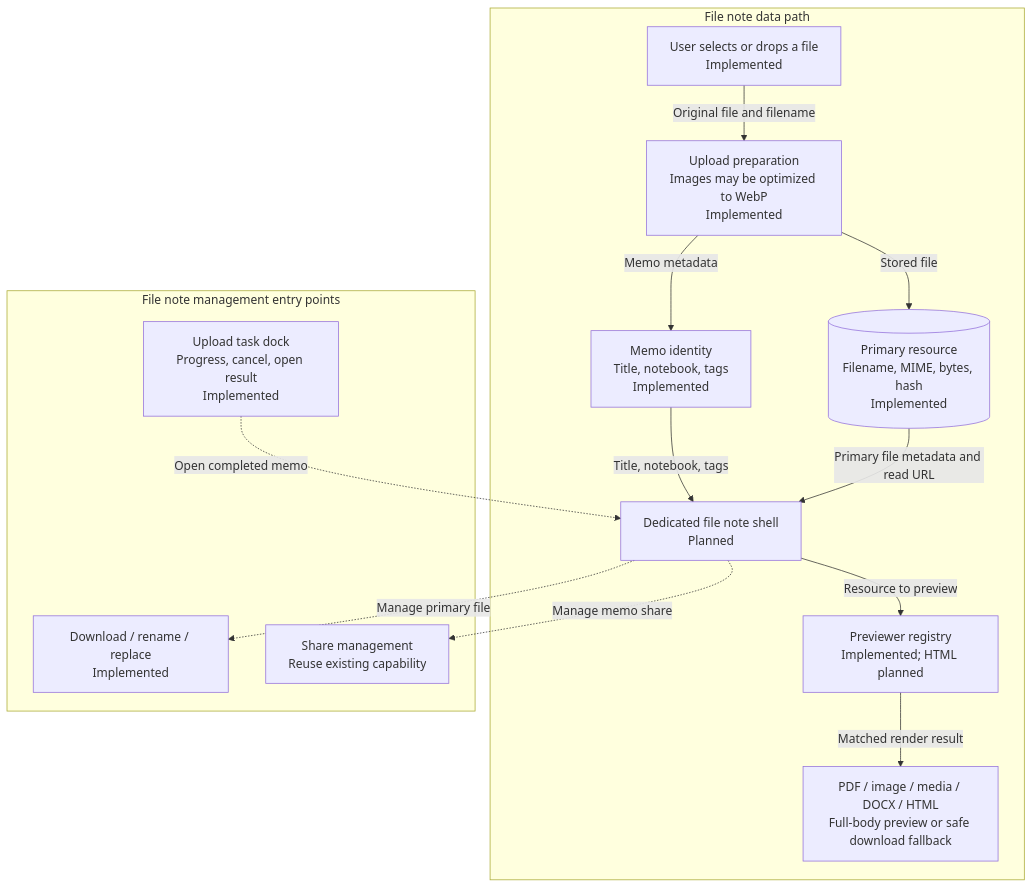
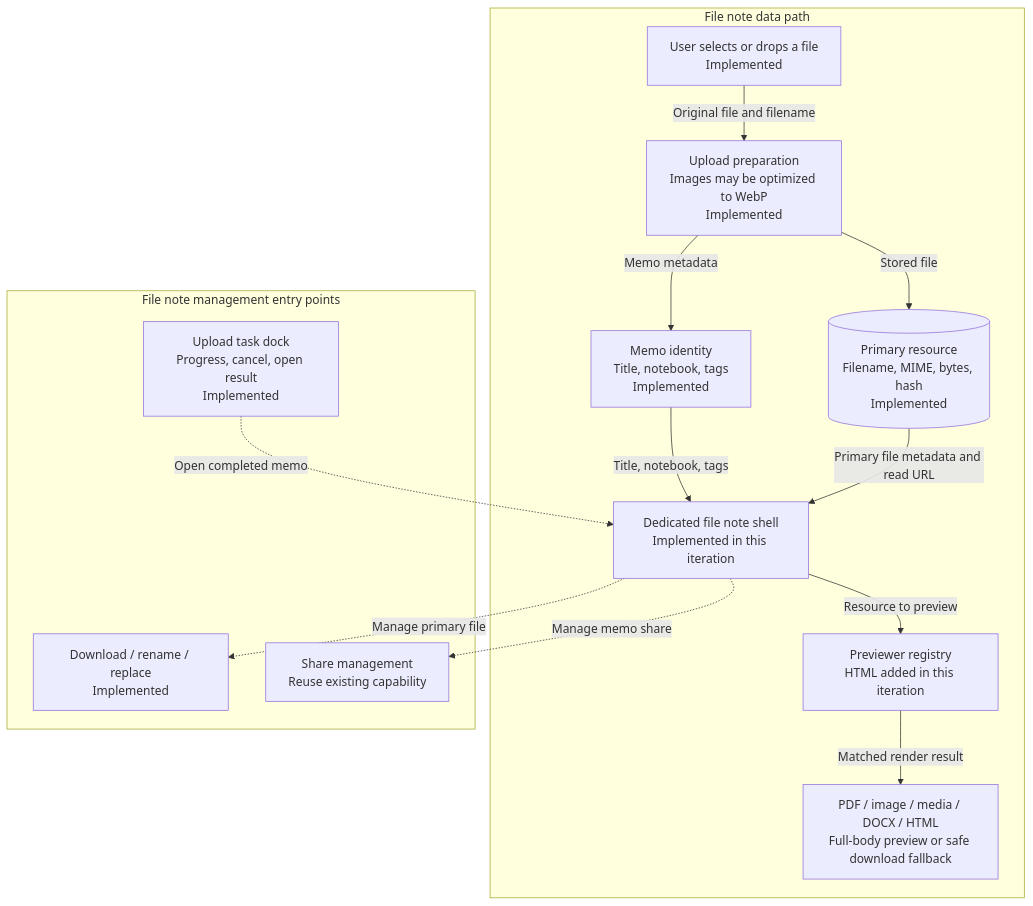
Before and after one commit to LarryGuan/edgeever: the diagram in docs/file-note-shell-html-preview-iteration.md, drawn with Mermaid. The commit also changed other lines of this file and 1 other file, not shown here.

Commit message:
docs: record file note iteration results

````diff
--- a/docs/file-note-shell-html-preview-iteration.md
+++ b/docs/file-note-shell-html-preview-iteration.md
@@ -41,30 +41,30 @@
 ```mermaid
 flowchart TB
     subgraph FLOW["File note data path"]
         INPUT["User selects or drops a file<br/>Implemented"]
         PREPARE["Upload preparation<br/>Images may be optimized to WebP<br/>Implemented"]
         MEMO["Memo identity<br/>Title, notebook, tags<br/>Implemented"]
         RESOURCE[("Primary resource<br/>Filename, MIME, bytes, hash<br/>Implemented")]
-        PANE["Dedicated file note shell<br/>Planned"]
-        REGISTRY["Previewer registry<br/>Implemented; HTML planned"]
+        PANE["Dedicated file note shell<br/>Implemented in this iteration"]
+        REGISTRY["Previewer registry<br/>HTML added in this iteration"]
         RESULT["PDF / image / media / DOCX / HTML<br/>Full-body preview or safe download fallback"]
 
         INPUT -->|"Original file and filename"| PREPARE
         PREPARE -->|"Memo metadata"| MEMO
         PREPARE -->|"Stored file"| RESOURCE
         MEMO -->|"Title, notebook, tags"| PANE
         RESOURCE -->|"Primary file metadata and read URL"| PANE
         PANE -->|"Resource to preview"| REGISTRY
         REGISTRY -->|"Matched render result"| RESULT
     end
 
     subgraph TOOLS["File note management entry points"]
         ACTIONS["Download / rename / replace<br/>Implemented"]
         SHARE["Share management<br/>Reuse existing capability"]
         UPLOADS["Upload task dock<br/>Progress, cancel, open result<br/>Implemented"]
     end
 
     PANE -.->|"Manage primary file"| ACTIONS
     PANE -.->|"Manage memo share"| SHARE
     UPLOADS -.->|"Open completed memo"| PANE
 ```
````
